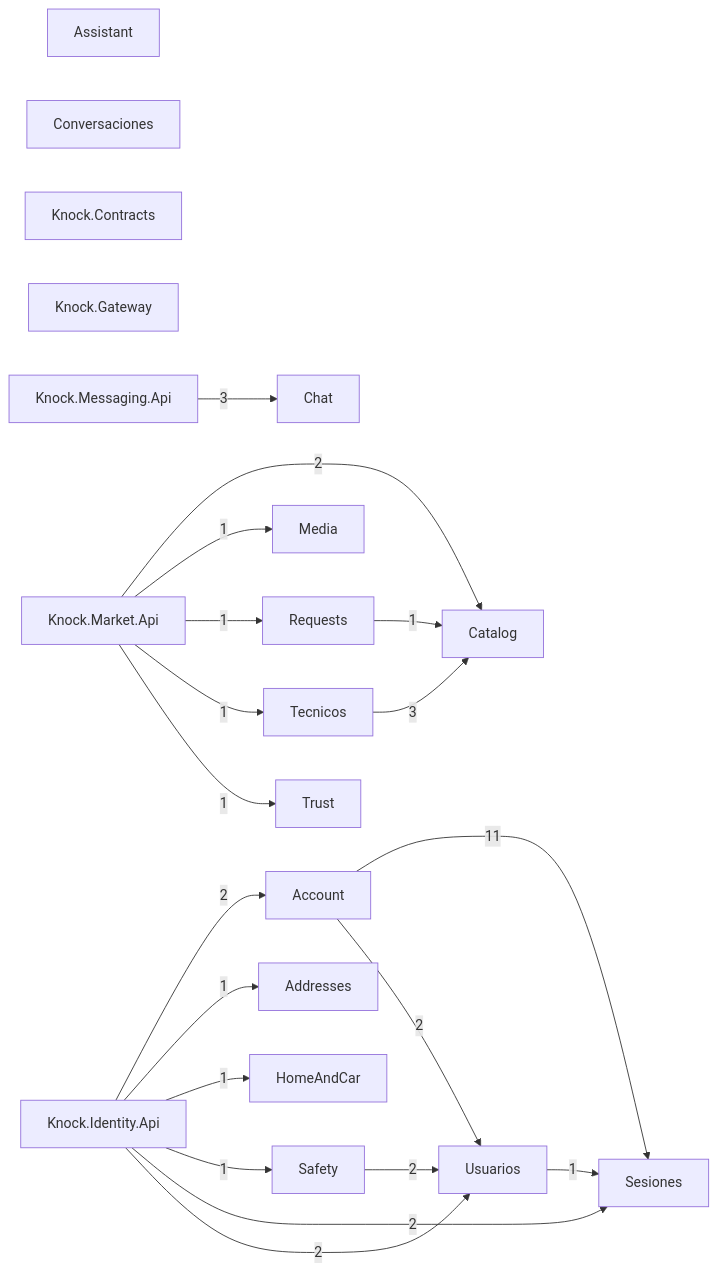
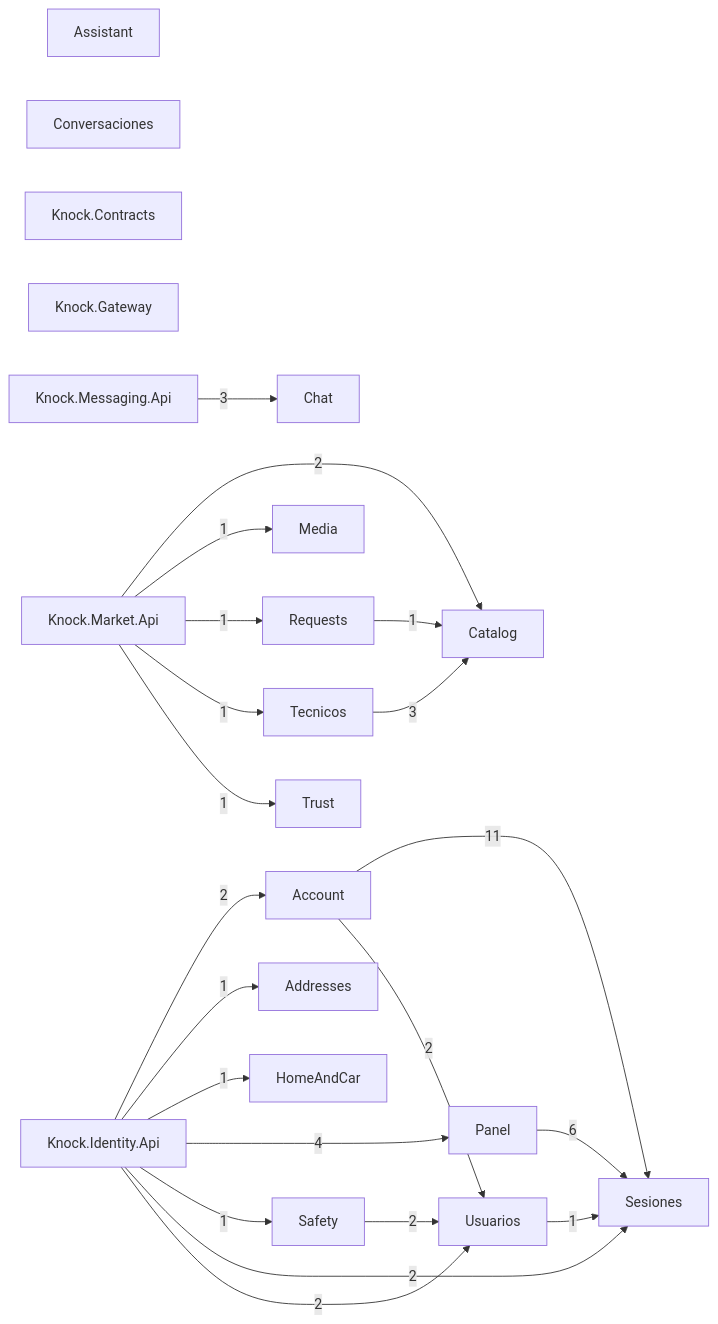
One commit to Tensei-Devs/knock-backend changed the diagram in docs/architecture/modules.mmd. Above: the diagram before and after it, drawn with Mermaid. The commit also changed 30 other files, not shown here.

Commit message:
refactor(identity): route panel access to Sesiones through ISesionesApi and document the panel (KNOCK-75)

```diff
--- a/docs/architecture/modules.mmd
+++ b/docs/architecture/modules.mmd
@@ -1,38 +1,41 @@
 graph LR
   Account["Account"]
   Addresses["Addresses"]
   Assistant["Assistant"]
   Catalog["Catalog"]
   Chat["Chat"]
   Conversaciones["Conversaciones"]
   HomeAndCar["HomeAndCar"]
   Knock_Contracts["Knock.Contracts"]
   Knock_Gateway["Knock.Gateway"]
   Knock_Identity_Api["Knock.Identity.Api"]
   Knock_Market_Api["Knock.Market.Api"]
   Knock_Messaging_Api["Knock.Messaging.Api"]
   Media["Media"]
+  Panel["Panel"]
   Requests["Requests"]
   Safety["Safety"]
   Sesiones["Sesiones"]
   Tecnicos["Tecnicos"]
   Trust["Trust"]
   Usuarios["Usuarios"]
   Account -->|11| Sesiones
   Account -->|2| Usuarios
   Knock_Identity_Api -->|2| Account
   Knock_Identity_Api -->|1| Addresses
   Knock_Identity_Api -->|1| HomeAndCar
+  Knock_Identity_Api -->|4| Panel
   Knock_Identity_Api -->|1| Safety
   Knock_Identity_Api -->|2| Sesiones
   Knock_Identity_Api -->|2| Usuarios
   Knock_Market_Api -->|2| Catalog
   Knock_Market_Api -->|1| Media
   Knock_Market_Api -->|1| Requests
   Knock_Market_Api -->|1| Tecnicos
   Knock_Market_Api -->|1| Trust
   Knock_Messaging_Api -->|3| Chat
+  Panel -->|6| Sesiones
   Requests -->|1| Catalog
   Safety -->|2| Usuarios
   Tecnicos -->|3| Catalog
   Usuarios -->|1| Sesiones
```
